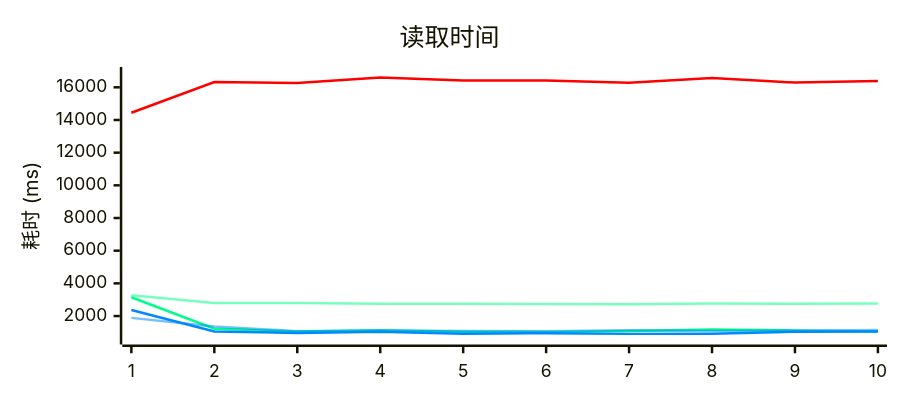
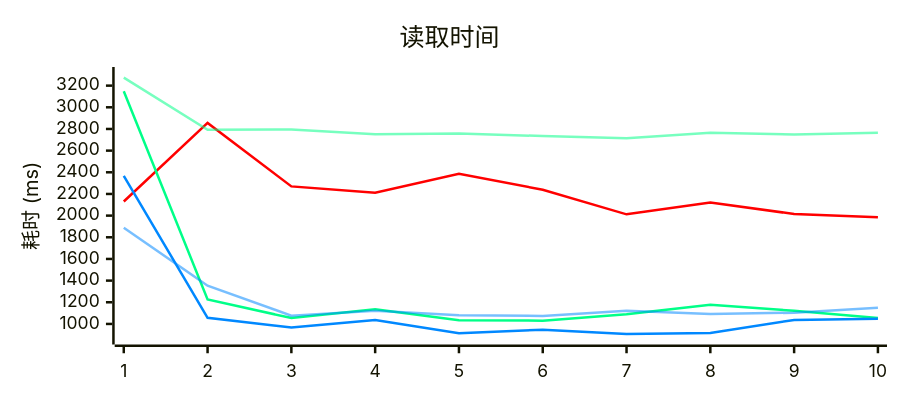
The second of 3 diagrams in README_cn.md (RDCN-Community-Developers/RhythmToolkit), drawn with Mermaid before and after one commit. The commit also changed other lines of this file and 1 other file, not shown here.

````diff
--- a/README_cn.md
+++ b/README_cn.md
@@ -113,23 +117,23 @@
 ```mermaid
 ---
 config:
     xyChart:
         height: 300
     themeVariables:
         xyChart:
             plotColorPalette: '#F00, #0F88, #0F8, #08F8, #08F'
 ---
 xychart
   title "读取时间"
     y-axis "耗时 (ms)"
     %% RDLE
-    line [14441.1006, 16324.7944, 16264.1535, 16592.9209, 16411.6373, 16414.5378, 16274.7375, 16567.1659, 16288.4762, 16382.9809]
+    line [2130.5224, 2855.4669, 2269.7906, 2210.3916, 2385.5643, 2238.7013, 2011.8578, 2121.1231, 2014.9036, 1984.7555]
     %% RDTK .NET Standard 2.0 v1.3.4
     line [3273.9261, 2793.1168, 2796.0169, 2750.7386, 2757.9804, 2734.5127, 2715.0270, 2765.0712, 2749.9744, 2764.9854]
     %% RDTK .NET Standard 2.0 v1.3.9
     line [3148.9088,1226.1298,1054.2334,1134.9715,1033.4164,1030.4823,1088.7369,1178.1487,1120.97,1055.3118]
     %% RDTK .NET 8.0 v1.3.4
     line [1887.2656, 1353.3896, 1076.3732, 1121.0746, 1080.6883, 1074.4476, 1122.7722, 1091.6990, 1103.6302, 1149.2975]
     %% RDTK .NET 8.0 v1.3.9
     line [2367.0337,1056.9628,966.5576,1035.8415,913.1249,946.951,908.2692,917.0895,1036.6879,1048.7651]
 ```
````
